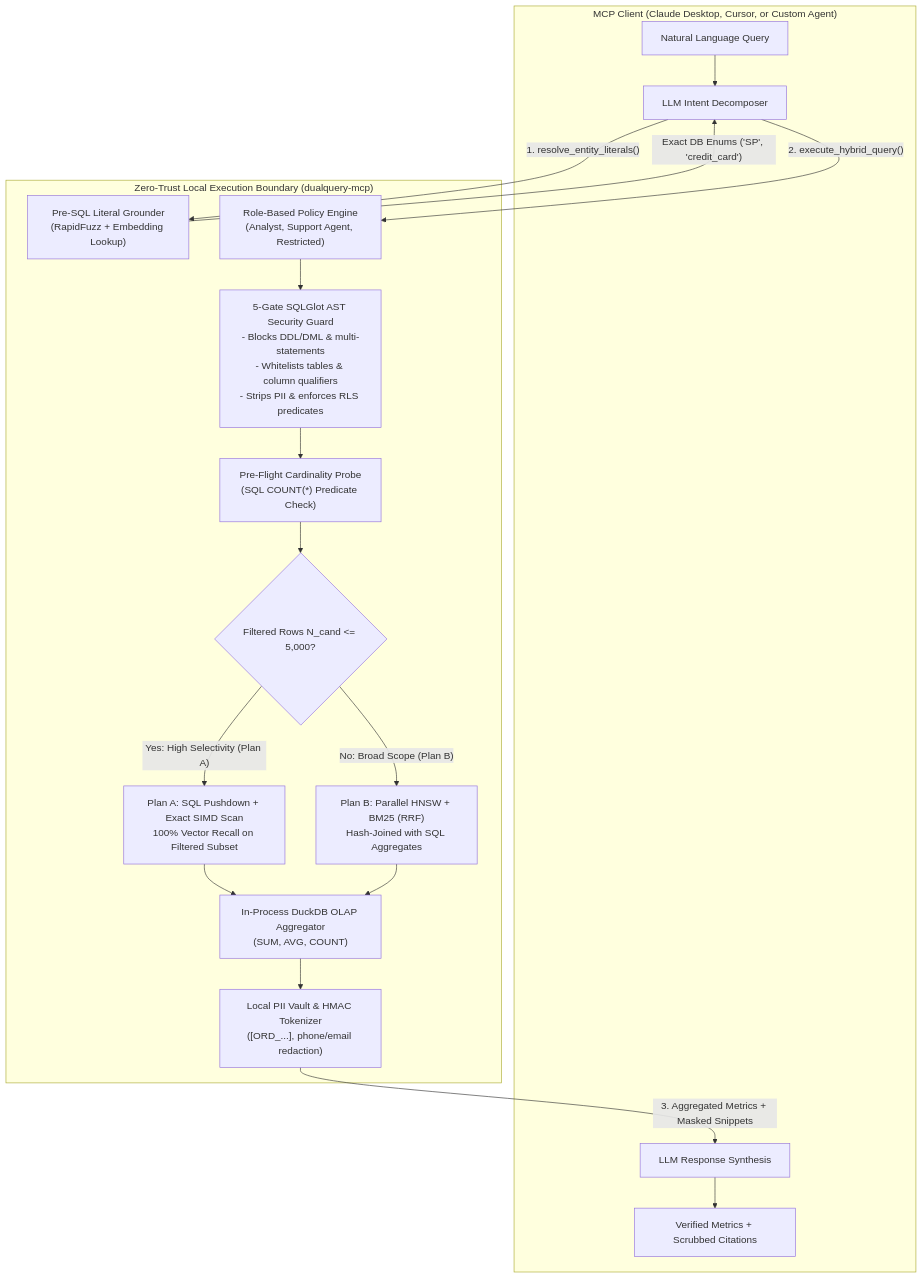
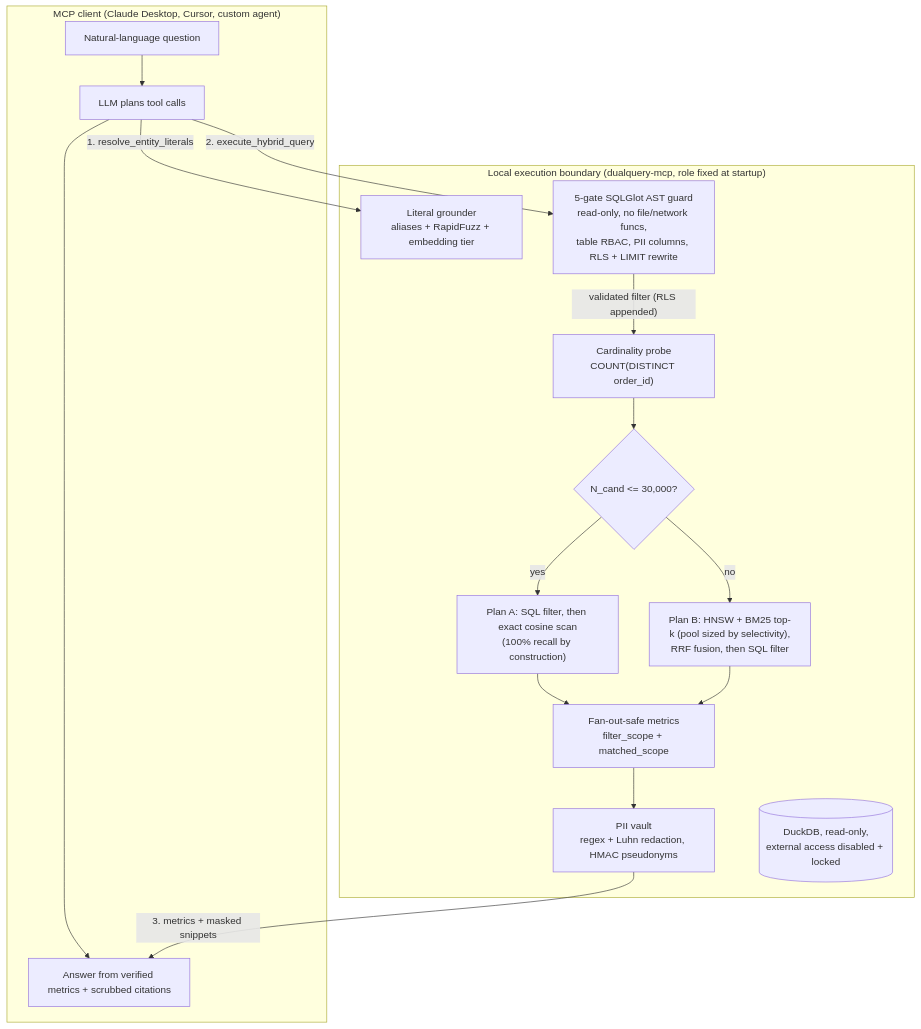
The diagram in README.md (Zayf24/DualQuery), drawn with Mermaid before and after one commit. The commit also changed other lines of this file and 31 other files, not shown here.

````diff
--- a/README.md
+++ b/README.md
@@ -27,27 +28,21 @@
 ```mermaid
 flowchart TD
-    subgraph Host["MCP Client (Claude Desktop, Cursor, or Custom Agent)"]
-        User["Natural Language Query"] --> LLMPlanner["LLM Intent Decomposer"]
-        LLMSynth["LLM Response Synthesis"] --> Output["Verified Metrics + Scrubbed Citations"]
+    subgraph Host["MCP client (Claude Desktop, Cursor, custom agent)"]
+        User["Natural-language question"] --> LLM["LLM plans tool calls"]
+        LLM --> Answer["Answer from verified metrics + scrubbed citations"]
     end
 
-    subgraph Edge["Zero-Trust Local Execution Boundary (dualquery-mcp)"]
-        LLMPlanner -- "1. resolve_entity_literals()" --> Grounder["Pre-SQL Literal Grounder<br/>(RapidFuzz + Embedding Lookup)"]
-        Grounder -- "Exact DB Enums ('SP', 'credit_card')" --> LLMPlanner
-
-        LLMPlanner -- "2. execute_hybrid_query()" --> Gateway["Role-Based Policy Engine<br/>(Analyst, Support Agent, Restricted)"]
-        Gateway --> ASTGuard["5-Gate SQLGlot AST Security Guard<br/>- Blocks DDL/DML & multi-statements<br/>- Whitelists tables & column qualifiers<br/>- Strips PII & enforces RLS predicates"]
-
-        ASTGuard --> Probe["Pre-Flight Cardinality Probe<br/>(SQL COUNT(*) Predicate Check)"]
-        Probe --> Decision{"Filtered Rows N_cand <= 5,000?"}
-
-        Decision -- "Yes: High Selectivity (Plan A)" --> PlanA["Plan A: SQL Pushdown + Exact SIMD Scan<br/>100% Vector Recall on Filtered Subset"]
-        Decision -- "No: Broad Scope (Plan B)" --> PlanB["Plan B: Parallel HNSW + BM25 (RRF)<br/>Hash-Joined with SQL Aggregates"]
-
-        PlanA --> Agg["In-Process DuckDB OLAP Aggregator<br/>(SUM, AVG, COUNT)"]
-        PlanB --> Agg
-        Agg --> Scrubber["Local PII Vault & HMAC Tokenizer<br/>([ORD_...], phone/email redaction)"]
+    subgraph Edge["Local execution boundary (dualquery-mcp, role fixed at startup)"]
+        LLM -- "1. resolve_entity_literals" --> Grounder["Literal grounder<br/>aliases + RapidFuzz + embedding tier"]
+        LLM -- "2. execute_hybrid_query" --> Guard["5-gate SQLGlot AST guard<br/>read-only, no file/network funcs,<br/>table RBAC, PII columns, RLS + LIMIT rewrite"]
+        Guard -- "validated filter (RLS appended)" --> Probe["Cardinality probe<br/>COUNT(DISTINCT order_id)"]
+        Probe --> Decide{"N_cand <= 30,000?"}
+        Decide -- yes --> A["Plan A: SQL filter, then exact cosine scan<br/>(100% recall by construction)"]
+        Decide -- no --> B["Plan B: HNSW + BM25 top-k (pool sized by selectivity),<br/>RRF fusion, then SQL filter"]
+        A --> Metrics["Fan-out-safe metrics<br/>filter_scope + matched_scope"]
+        B --> Metrics
+        Metrics --> Vault["PII vault<br/>regex + Luhn redaction, HMAC pseudonyms"]
+        DB[("DuckDB, read-only,<br/>external access disabled + locked")]
     end
-
-    Scrubber -- "3. Aggregated Metrics + Masked Snippets" --> LLMSynth
+    Vault -- "3. metrics + masked snippets" --> Answer
 ```
````
